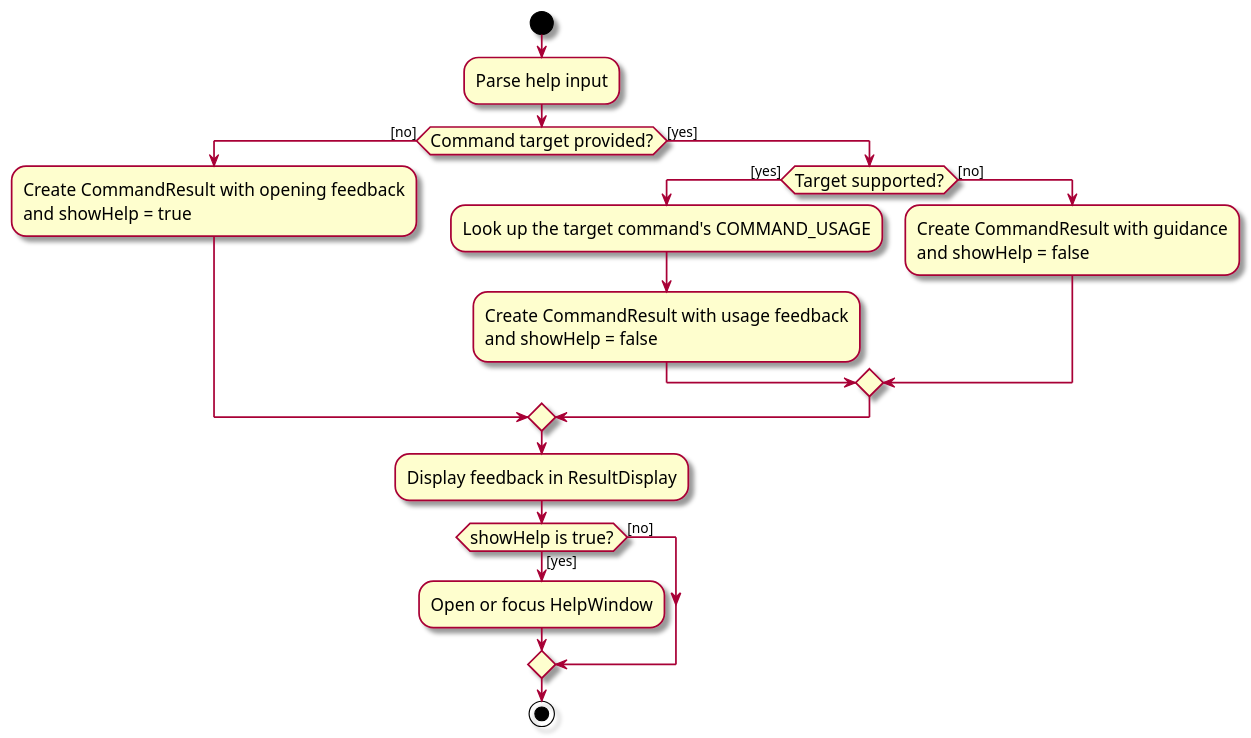
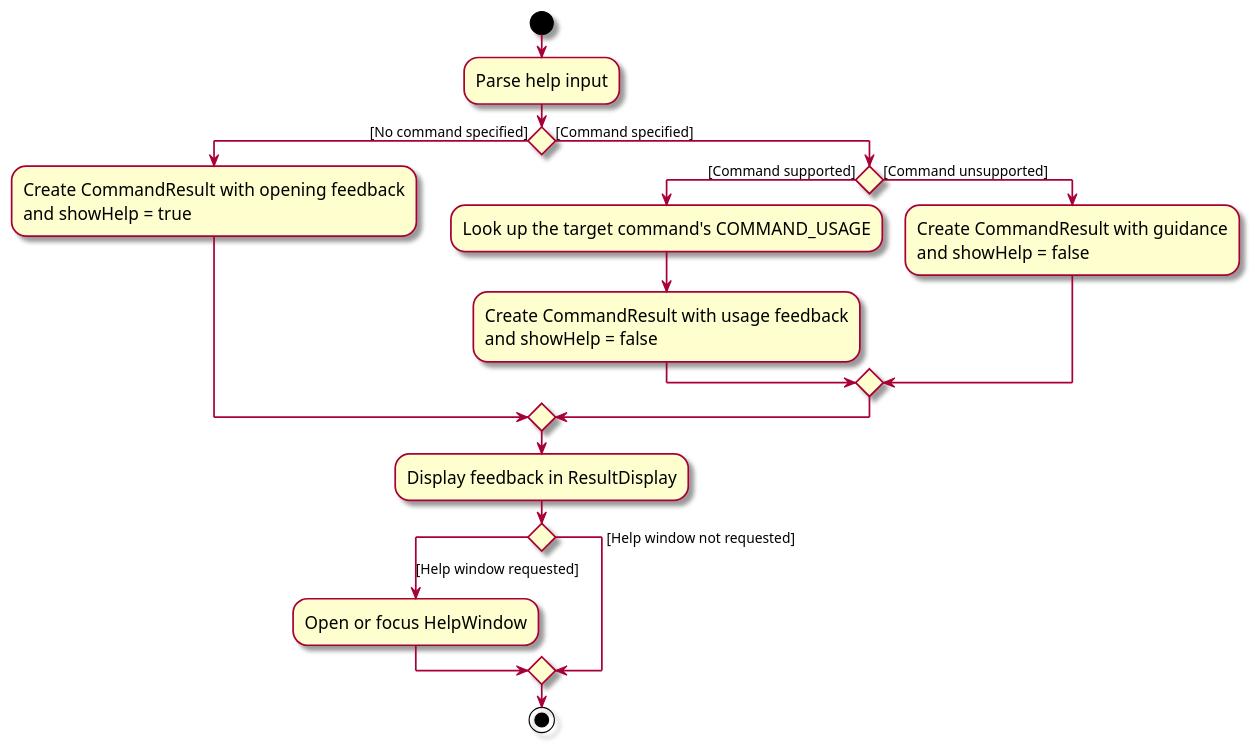
The diagram in docs/diagrams/HelpActivityDiagram.puml (AY2627S1-CS2103T-F11-1/tp), drawn with PlantUML before and after one commit. The commit also changed 1 other file, not shown here.

Commit message:
Update command-specific-help UML activity diagram

```diff
--- a/docs/diagrams/HelpActivityDiagram.puml
+++ b/docs/diagrams/HelpActivityDiagram.puml
@@ -1,28 +1,30 @@
 @startuml
 skin rose
 skinparam ActivityFontSize 15
 skinparam ArrowFontSize 12
 
 start
 :Parse help input;
 
-if (Command target provided?) then ([no])
+if () then ([No command specified])
     :Create CommandResult with opening feedback\nand showHelp = true;
-else ([yes])
-    if (Target supported?) then ([yes])
+else ([Command specified])
+    if () then ([Command supported])
         :Look up the target command's COMMAND_USAGE;
         :Create CommandResult with usage feedback\nand showHelp = false;
-    else ([no])
+    else ([Command unsupported])
         :Create CommandResult with guidance\nand showHelp = false;
     endif
 endif
 
 :Display feedback in ResultDisplay;
 
-if (showHelp is true?) then ([yes])
+'Use a two-case layout to separate the guards on the left and right paths.
+switch ()
+case ([Help window requested])
     :Open or focus HelpWindow;
-else ([no])
-endif
+case ([Help window not requested])
+endswitch
 
 stop
 @enduml
```
